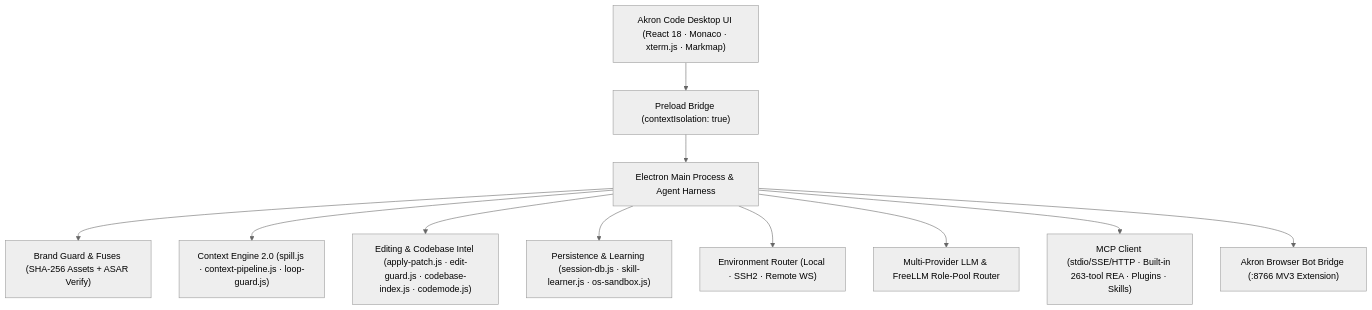
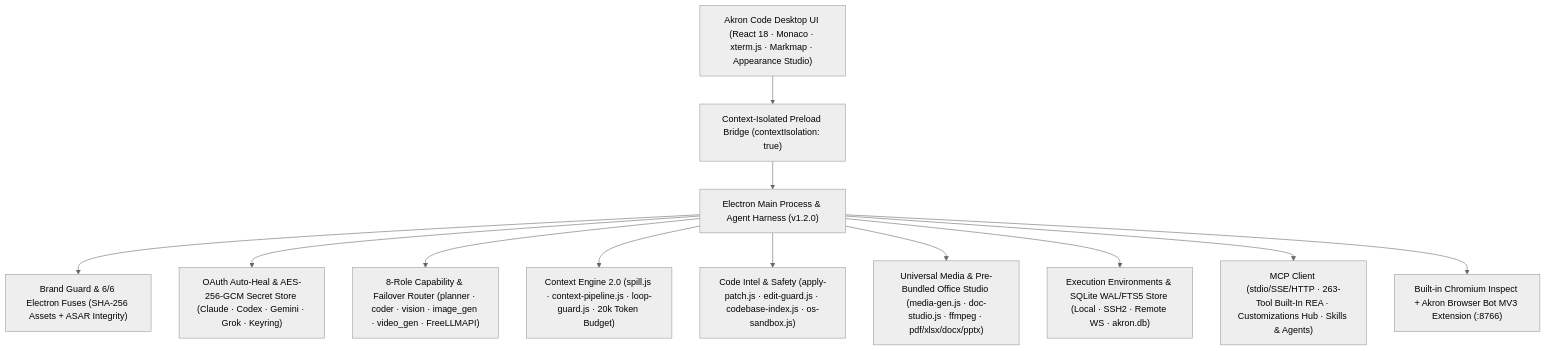
One commit to faysaliteng/akron-code changed the first of 2 diagrams in README.md. Above: the diagram before and after it, drawn with Mermaid (neutral theme). The commit also changed other lines of this file and 58 other files, not shown here.

Commit message:
feat(v1.2.0): per-message timestamps, appearance studio, refreshed docs/screenshots & flagship README

````diff
--- a/README.md
+++ b/README.md
@@ -137,14 +140,15 @@
 ```mermaid
 flowchart TD
-  UI["Akron Code Desktop UI (React 18 · Monaco · xterm.js · Markmap)"] --> Preload["Preload Bridge (contextIsolation: true)"]
-  Preload --> Main["Electron Main Process & Agent Harness"]
+  UI["Akron Code Desktop UI (React 18 · Monaco · xterm.js · Markmap · Appearance Studio)"] --> Preload["Context-Isolated Preload Bridge (contextIsolation: true)"]
+  Preload --> Main["Electron Main Process & Agent Harness (v1.2.0)"]
 
-  Main --> Brand["Brand Guard & Fuses (SHA-256 Assets + ASAR Verify)"]
-  Main --> Context["Context Engine 2.0 (spill.js · context-pipeline.js · loop-guard.js)"]
-  Main --> Intel["Editing & Codebase Intel (apply-patch.js · edit-guard.js · codebase-index.js · codemode.js)"]
-  Main --> Persist["Persistence & Learning (session-db.js · skill-learner.js · os-sandbox.js)"]
-  Main --> Envs["Environment Router (Local · SSH2 · Remote WS)"]
-  Main --> Router["Multi-Provider LLM & FreeLLM Role-Pool Router"]
-  Main --> Ext["MCP Client (stdio/SSE/HTTP · Built-in 263-tool REA · Plugins · Skills)"]
-  Main --> Bridge["Akron Browser Bot Bridge (:8766 MV3 Extension)"]
+  Main --> Brand["Brand Guard & 6/6 Electron Fuses (SHA-256 Assets + ASAR Integrity)"]
+  Main --> Auth["OAuth Auto-Heal & AES-256-GCM Secret Store (Claude · Codex · Gemini · Grok · Keyring)"]
+  Main --> Router["8-Role Capability & Failover Router (planner · coder · vision · image_gen · video_gen · FreeLLMAPI)"]
+  Main --> Context["Context Engine 2.0 (spill.js · context-pipeline.js · loop-guard.js · 20k Token Budget)"]
+  Main --> Intel["Code Intel & Safety (apply-patch.js · edit-guard.js · codebase-index.js · os-sandbox.js)"]
+  Main --> Studio["Universal Media & Pre-Bundled Office Studio (media-gen.js · doc-studio.js · ffmpeg · pdf/xlsx/docx/pptx)"]
+  Main --> Envs["Execution Environments & SQLite WAL/FTS5 Store (Local · SSH2 · Remote WS · akron.db)"]
+  Main --> Ext["MCP Client (stdio/SSE/HTTP · 263-Tool Built-In REA · Customizations Hub · Skills & Agents)"]
+  Main --> Bridge["Built-in Chromium Inspect + Akron Browser Bot MV3 Extension (:8766)"]
 ```
````
